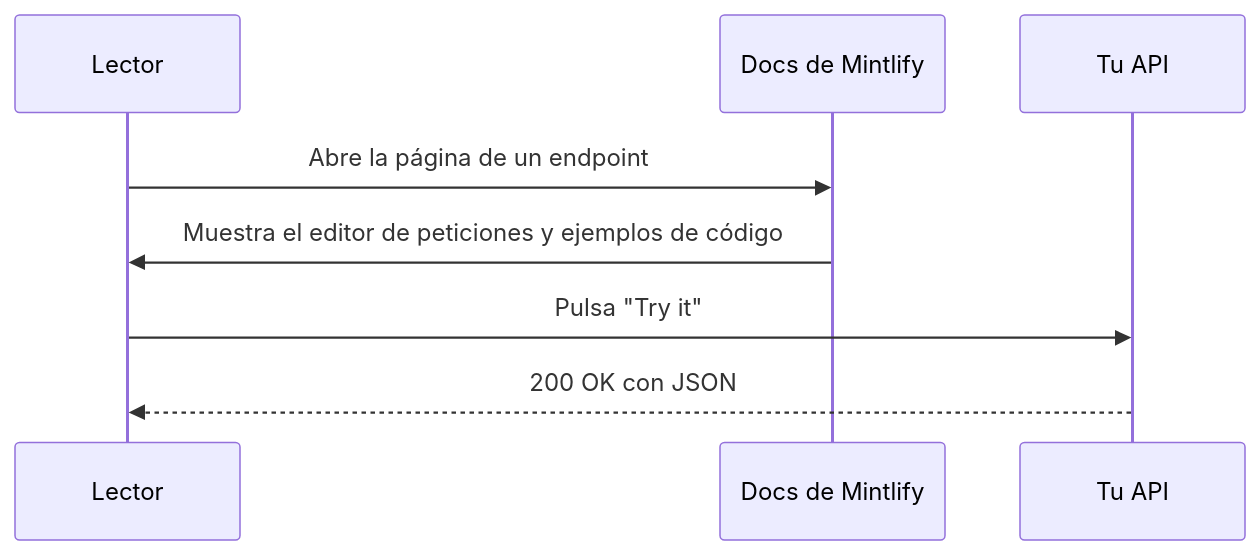
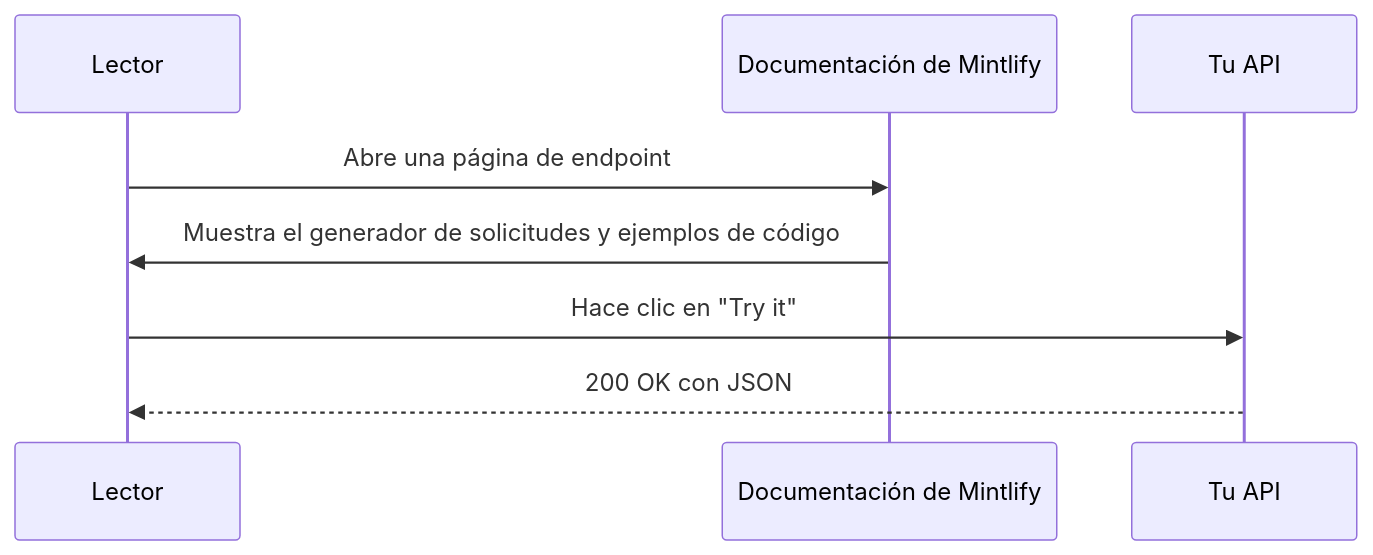
One commit to mintlify-demo/docs changed the first of 2 diagrams in es/showcase/components.mdx. Above: the diagram before and after it, drawn with Mermaid. The commit also changed other lines of this file and 76 other files, not shown here.

````diff
--- a/es/showcase/components.mdx
+++ b/es/showcase/components.mdx
@@ -111,10 +111,10 @@
 ```mermaid
 sequenceDiagram
-    participant Lector
-    participant Docs as Docs de Mintlify
+    participant Reader as Lector
+    participant Docs as Documentación de Mintlify
     participant API as Tu API
-    Lector->>Docs: Abre la página de un endpoint
-    Docs->>Lector: Muestra el editor de peticiones y ejemplos de código
-    Lector->>API: Pulsa "Try it"
-    API-->>Lector: 200 OK con JSON
+    Reader->>Docs: Abre una página de endpoint
+    Docs->>Reader: Muestra el generador de solicitudes y ejemplos de código
+    Reader->>API: Hace clic en "Try it"
+    API-->>Reader: 200 OK con JSON
 ```
````
